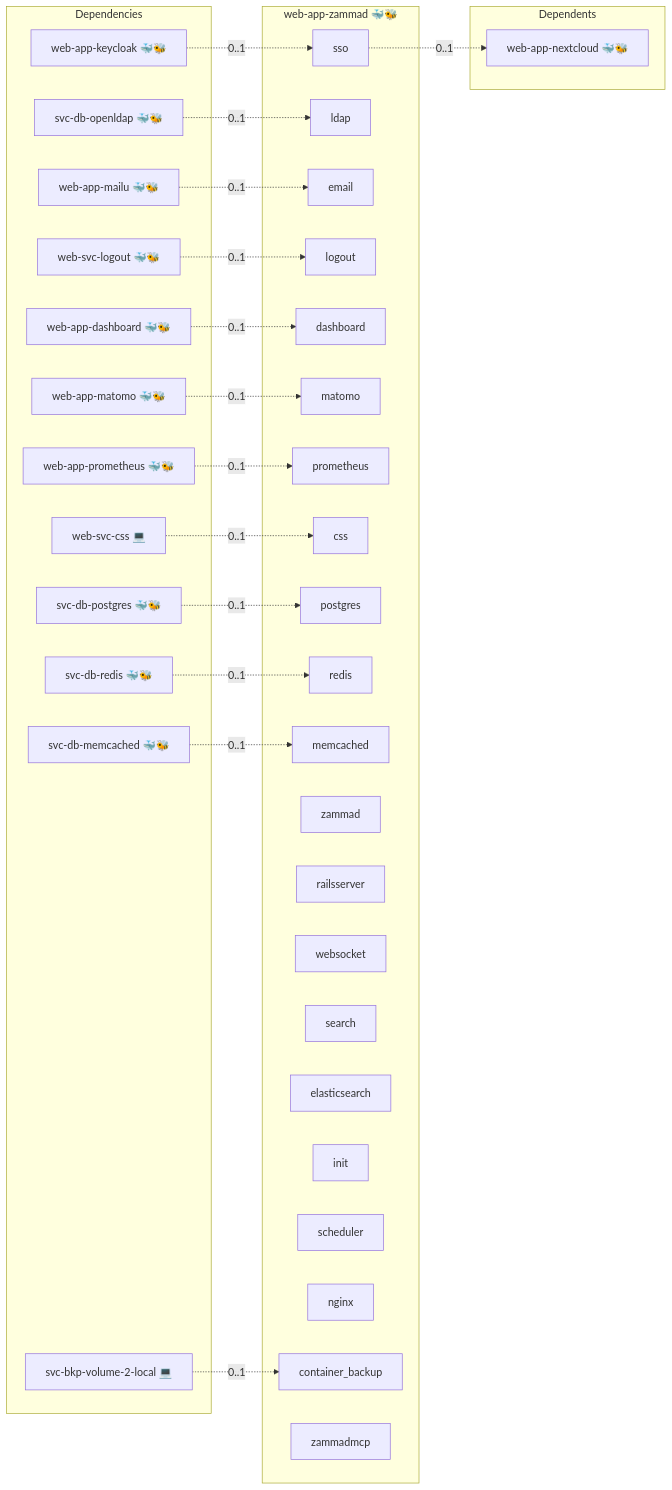
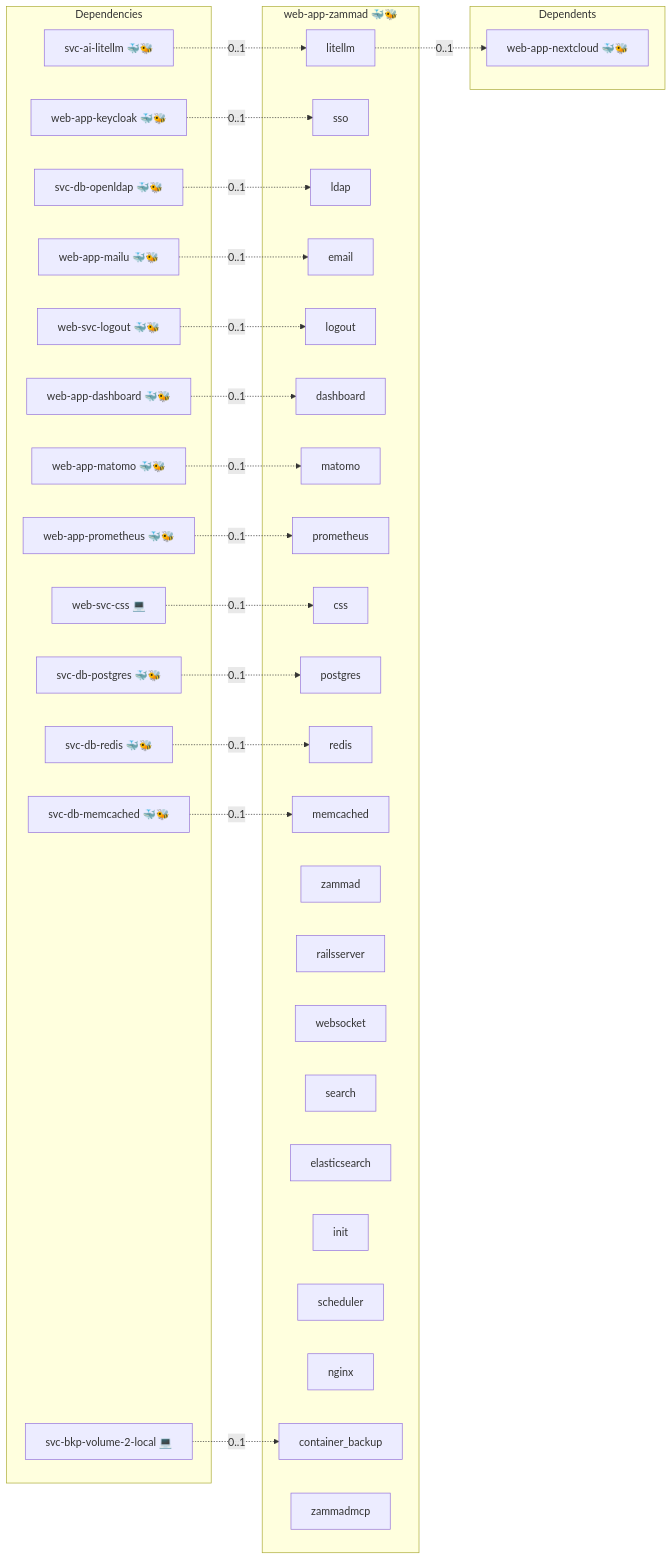
One commit to infinito-nexus/core changed the diagram in roles/web-app-zammad/README.md. Above: the diagram before and after it, drawn with Mermaid. The commit also changed 11 other files, not shown here.

````diff
--- a/roles/web-app-zammad/README.md
+++ b/roles/web-app-zammad/README.md
@@ -15,56 +15,59 @@
 ```mermaid
 flowchart LR
     subgraph deps [Dependencies]
+        dep_svc_ai_litellm["svc-ai-litellm 🐳🐝"]
         dep_svc_bkp_volume_2_local["svc-bkp-volume-2-local 💻"]
         dep_svc_db_memcached["svc-db-memcached 🐳🐝"]
         dep_svc_db_openldap["svc-db-openldap 🐳🐝"]
         dep_svc_db_postgres["svc-db-postgres 🐳🐝"]
         dep_svc_db_redis["svc-db-redis 🐳🐝"]
         dep_web_app_dashboard["web-app-dashboard 🐳🐝"]
         dep_web_app_keycloak["web-app-keycloak 🐳🐝"]
         dep_web_app_mailu["web-app-mailu 🐳🐝"]
         dep_web_app_matomo["web-app-matomo 🐳🐝"]
         dep_web_app_prometheus["web-app-prometheus 🐳🐝"]
         dep_web_svc_css["web-svc-css 💻"]
         dep_web_svc_logout["web-svc-logout 🐳🐝"]
     end
     subgraph role [web-app-zammad 🐳🐝]
+        svc_litellm["litellm"]
         svc_sso["sso"]
         svc_ldap["ldap"]
         svc_email["email"]
         svc_logout["logout"]
         svc_dashboard["dashboard"]
         svc_matomo["matomo"]
         svc_prometheus["prometheus"]
         svc_css["css"]
         svc_postgres["postgres"]
         svc_redis["redis"]
         svc_memcached["memcached"]
         svc_zammad["zammad"]
         svc_railsserver["railsserver"]
         svc_websocket["websocket"]
         svc_search["search"]
         svc_elasticsearch["elasticsearch"]
         svc_init["init"]
         svc_scheduler["scheduler"]
         svc_nginx["nginx"]
         svc_container_backup["container_backup"]
         svc_zammadmcp["zammadmcp"]
     end
     subgraph dependents [Dependents]
         dpt_web_app_nextcloud["web-app-nextcloud 🐳🐝"]
     end
+    dep_svc_ai_litellm -. "0..1" .-> svc_litellm
     dep_svc_bkp_volume_2_local -. "0..1" .-> svc_container_backup
     dep_svc_db_memcached -. "0..1" .-> svc_memcached
     dep_svc_db_openldap -. "0..1" .-> svc_ldap
     dep_svc_db_postgres -. "0..1" .-> svc_postgres
     dep_svc_db_redis -. "0..1" .-> svc_redis
     dep_web_app_dashboard -. "0..1" .-> svc_dashboard
     dep_web_app_keycloak -. "0..1" .-> svc_sso
     dep_web_app_mailu -. "0..1" .-> svc_email
     dep_web_app_matomo -. "0..1" .-> svc_matomo
     dep_web_app_prometheus -. "0..1" .-> svc_prometheus
     dep_web_svc_css -. "0..1" .-> svc_css
     dep_web_svc_logout -. "0..1" .-> svc_logout
-    svc_sso -. "0..1" .-> dpt_web_app_nextcloud
+    svc_litellm -. "0..1" .-> dpt_web_app_nextcloud
 ```
````
